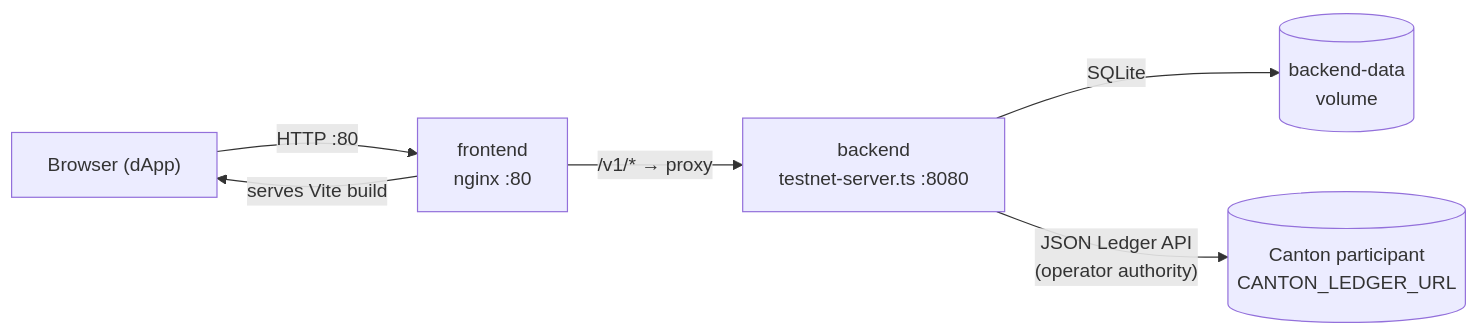
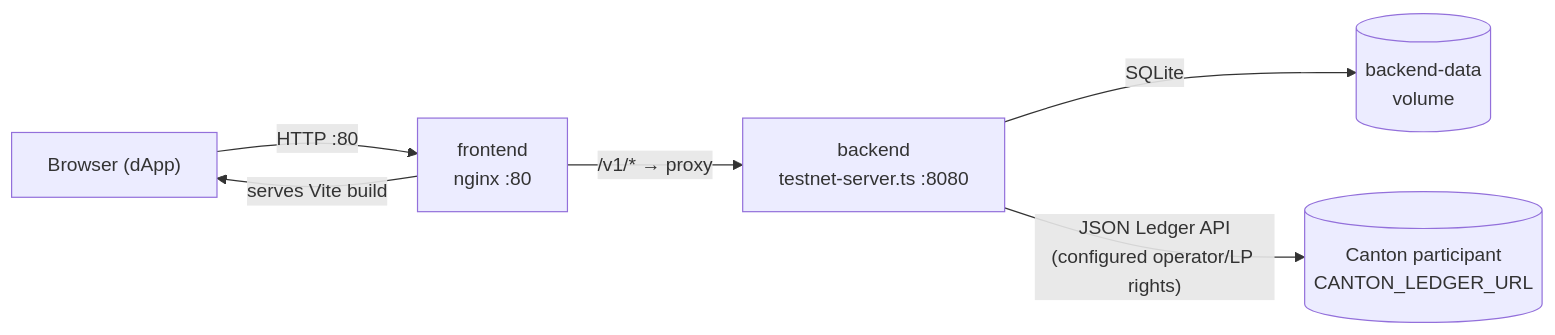
The diagram in docs/guides/deployment.md (srikanth-bitdynamics/Canton-Dex-Reference-Implementation), drawn with Mermaid before and after one commit. The commit also changed other lines of this file and 173 other files, not shown here.

````diff
--- a/docs/guides/deployment.md
+++ b/docs/guides/deployment.md
@@ -50,8 +107,8 @@
 ```mermaid
 flowchart LR
   B["Browser (dApp)"] -->|"HTTP :80"| N["frontend<br/>nginx :80"]
   N -->|"serves Vite build"| B
   N -->|"/v1/* → proxy"| A["backend<br/>testnet-server.ts :8080"]
   A -->|"SQLite"| V[("backend-data<br/>volume")]
-  A -->|"JSON Ledger API<br/>(operator authority)"| P[("Canton participant<br/>CANTON_LEDGER_URL")]
+  A -->|"JSON Ledger API<br/>(configured operator/LP rights)"| P[("Canton participant<br/>CANTON_LEDGER_URL")]
 ```
````
